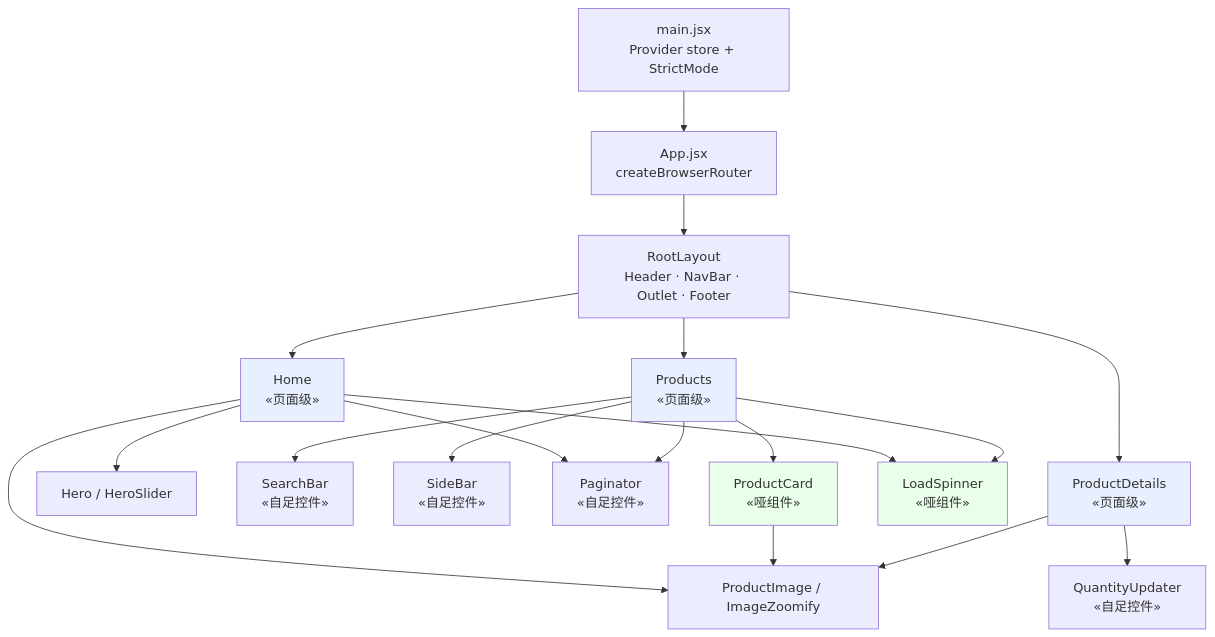
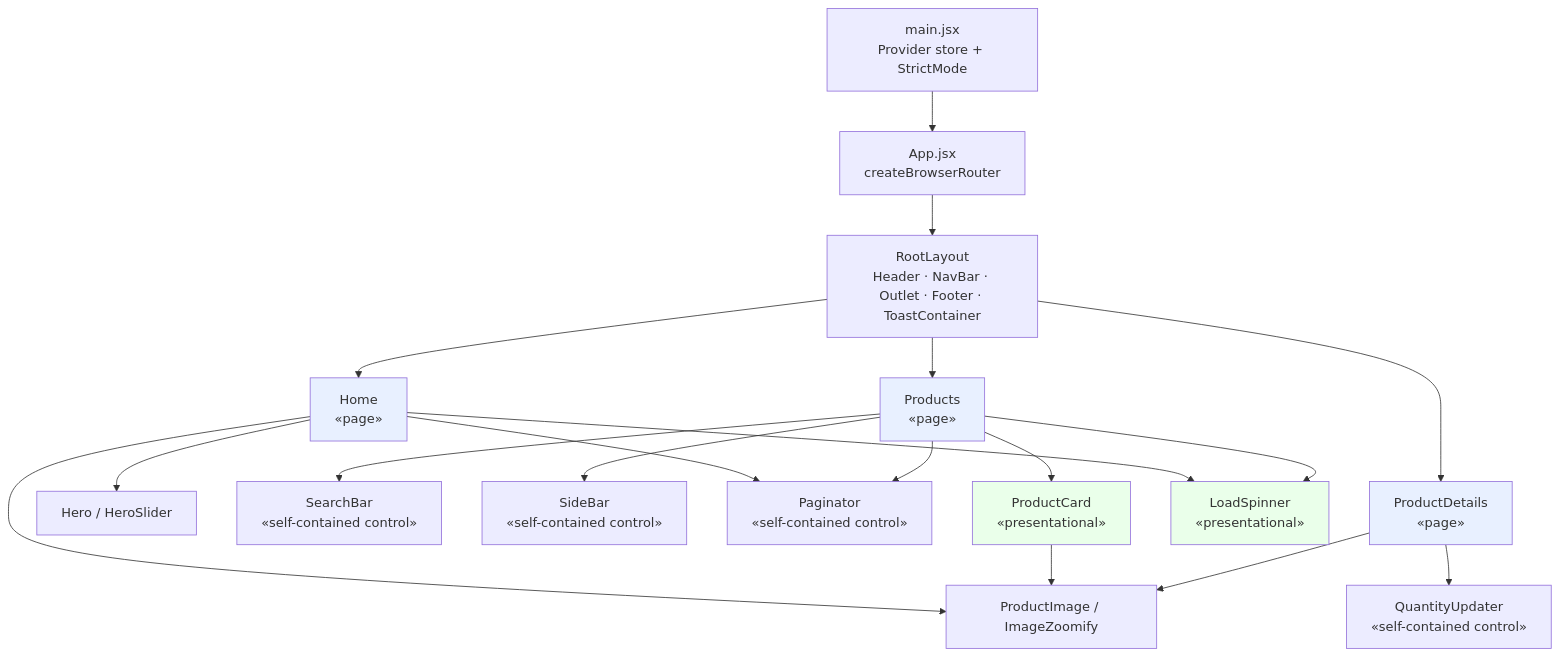
The eighth of 24 diagrams in DESIGN.md (Chuan-Qiu/buynowdotcom), drawn with Mermaid before and after one commit. The commit also changed other lines of this file and 26 other files, not shown here.

````diff
--- a/DESIGN.md
+++ b/DESIGN.md
@@ -401,46 +405,46 @@
 ```mermaid
 flowchart TB
     MAIN["main.jsx<br/>Provider store + StrictMode"]
     APP["App.jsx<br/>createBrowserRouter"]
-    ROOT["RootLayout<br/>Header · NavBar · Outlet · Footer"]
+    ROOT["RootLayout<br/>Header · NavBar · Outlet · Footer · ToastContainer"]
 
-    HOME["Home<br/>«页面级»"]
-    PRODUCTS["Products<br/>«页面级»"]
-    DETAILS["ProductDetails<br/>«页面级»"]
+    HOME["Home<br/>«page»"]
+    PRODUCTS["Products<br/>«page»"]
+    DETAILS["ProductDetails<br/>«page»"]
 
     HERO["Hero / HeroSlider"]
-    SEARCH["SearchBar<br/>«自足控件»"]
-    SIDEBAR["SideBar<br/>«自足控件»"]
-    PAGER["Paginator<br/>«自足控件»"]
-    QTY["QuantityUpdater<br/>«自足控件»"]
+    SEARCH["SearchBar<br/>«self-contained control»"]
+    SIDEBAR["SideBar<br/>«self-contained control»"]
+    PAGER["Paginator<br/>«self-contained control»"]
+    QTY["QuantityUpdater<br/>«self-contained control»"]
 
-    CARD["ProductCard<br/>«哑组件»"]
-    SPIN["LoadSpinner<br/>«哑组件»"]
+    CARD["ProductCard<br/>«presentational»"]
+    SPIN["LoadSpinner<br/>«presentational»"]
     IMG["ProductImage / ImageZoomify"]
 
     MAIN --> APP --> ROOT
     ROOT --> HOME
     ROOT --> PRODUCTS
     ROOT --> DETAILS
 
     HOME --> HERO
     HOME --> PAGER
     HOME --> IMG
     HOME --> SPIN
 
     PRODUCTS --> SEARCH
     PRODUCTS --> SIDEBAR
     PRODUCTS --> CARD
     PRODUCTS --> PAGER
     PRODUCTS --> SPIN
     CARD --> IMG
 
     DETAILS --> IMG
     DETAILS --> QTY
 
     style HOME fill:#e8f0ff
     style PRODUCTS fill:#e8f0ff
     style DETAILS fill:#e8f0ff
     style CARD fill:#eaffea
     style SPIN fill:#eaffea
 ```
````
